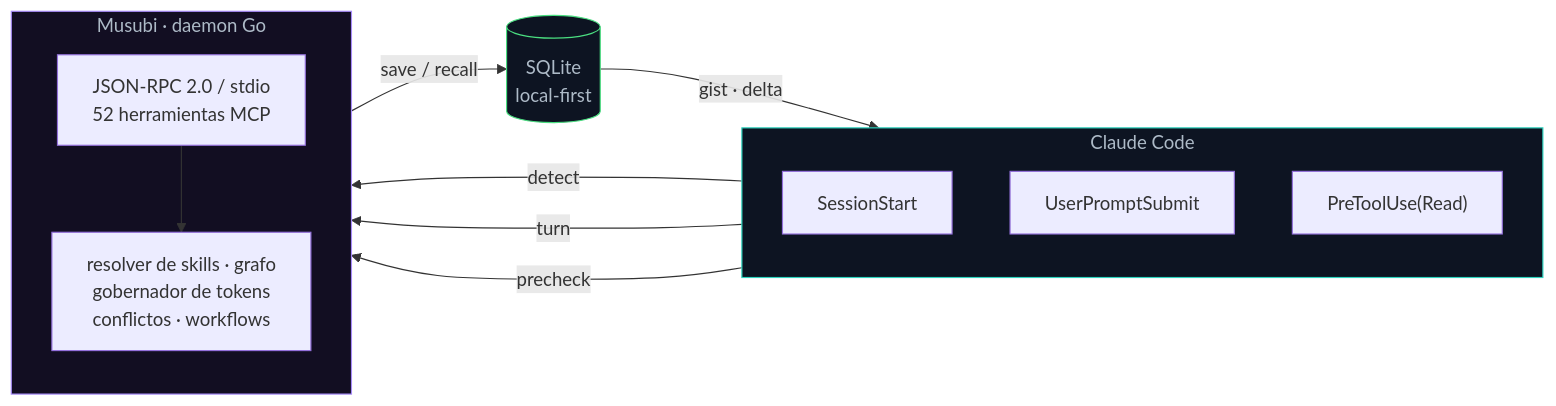
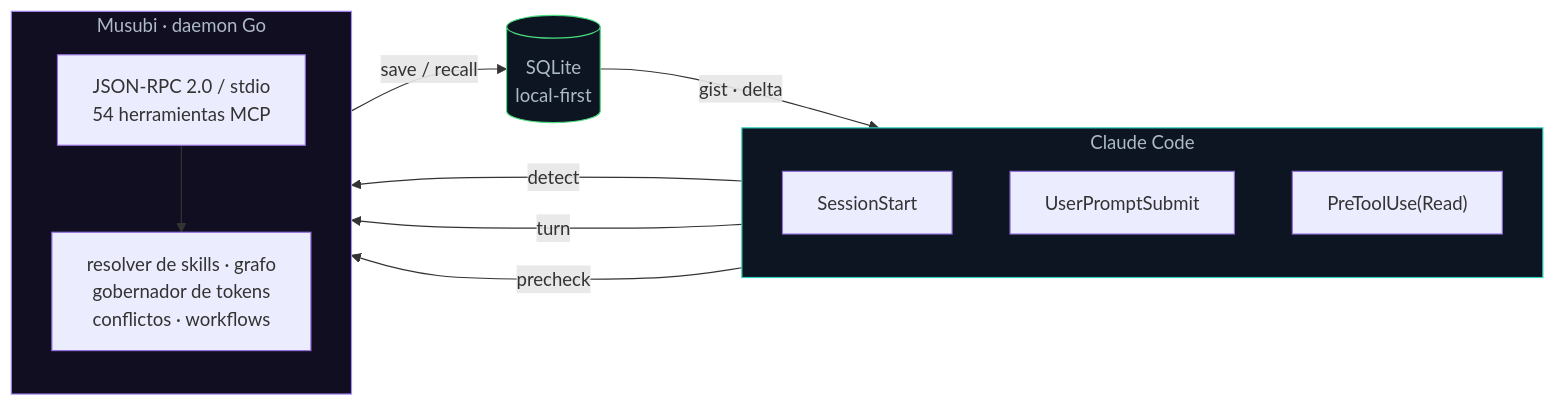
Before and after one commit to codeabraham16/musubi: the first of 3 diagrams in README.md, drawn with Mermaid. The commit also changed other lines of this file and 11 other files, not shown here.

````diff
--- a/README.md
+++ b/README.md
@@ -68,27 +68,27 @@
 ```mermaid
 flowchart LR
     subgraph CC["Claude Code"]
         direction TB
         H1["SessionStart"]
         H2["UserPromptSubmit"]
         H3["PreToolUse(Read)"]
     end
     subgraph M["Musubi · daemon Go"]
         direction TB
-        RPC["JSON-RPC 2.0 / stdio<br/>52 herramientas MCP"]
+        RPC["JSON-RPC 2.0 / stdio<br/>54 herramientas MCP"]
         COG["resolver de skills · grafo<br/>gobernador de tokens<br/>conflictos · workflows"]
     end
     DB[("SQLite<br/>local-first")]
 
     H1 -- "detect" --> RPC
     H2 -- "turn" --> RPC
     H3 -- "precheck" --> RPC
     RPC --> COG
     COG -- "save / recall" --> DB
     DB -- "gist · delta" --> CC
 
     classDef cc fill:#0d1422,stroke:#2dd4bf,color:#adbac7;
     classDef mm fill:#120e22,stroke:#a78bfa,color:#adbac7;
     classDef db fill:#0d1422,stroke:#4ade80,color:#adbac7;
     class CC cc; class M mm; class DB db;
 ```
````
